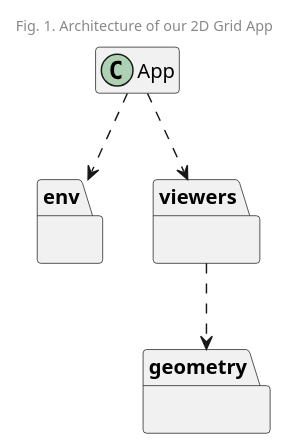
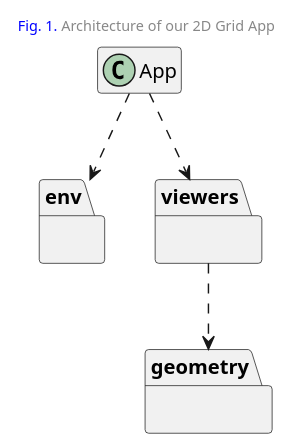
One commit to kanmeugne/kanmeugne.github.io changed the first of 4 diagrams in _posts/modsim/2020-09-29-sfml-2d-grid.md. Above: the diagram before and after it, drawn with PlantUML. The commit also changed other lines of this file and 1 other file, not shown here.

Commit message:
update grid with obstacle

```diff
--- a/_posts/modsim/2020-09-29-sfml-2d-grid.md
+++ b/_posts/modsim/2020-09-29-sfml-2d-grid.md
@@ -27,27 +27,27 @@
 {% plantuml %}
 @startuml
-header: <size:10> Fig. 1. Architecture of our 2D Grid App </size>
+header: <size:10> <font color=blue>Fig. 1.</font> Architecture of our 2D Grid App </size>
 
 class App {}
 
 package env 
 {
     
 }
 
 package viewers
 {
 }
 
 package geometry
 {
 }
 
 App ..> viewers
 App ..> env
 viewers ..> geometry
 
 hide members
 @enduml
 
 {% endplantuml %}
```
